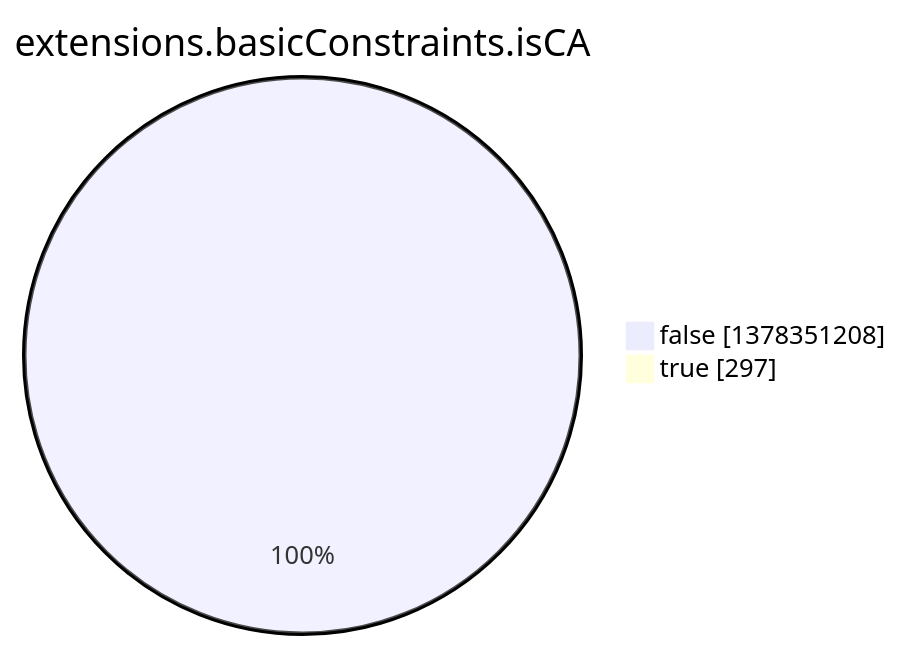
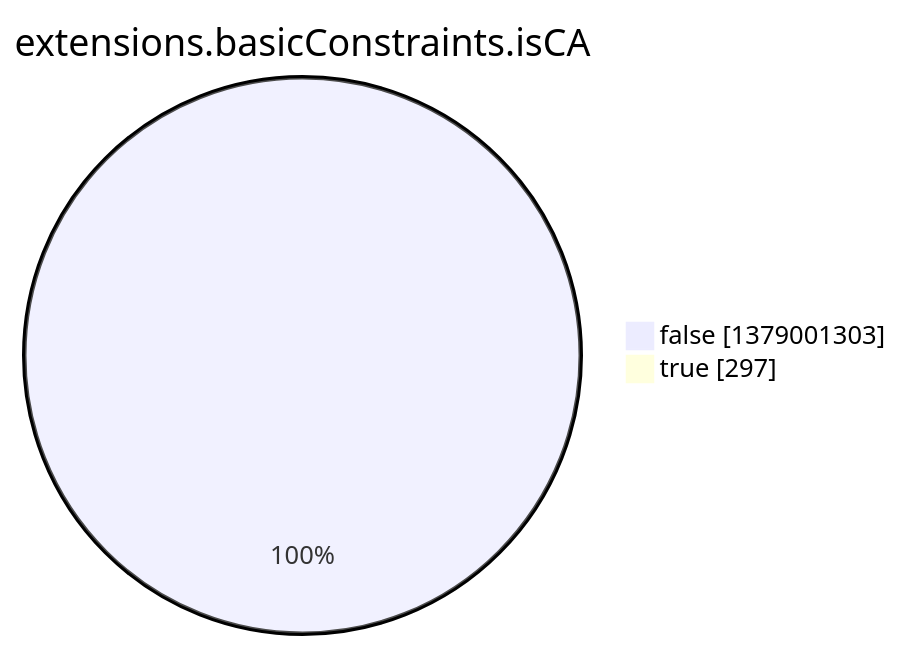
The eighth of 15 diagrams in argon2022/README.md (christiankrug/ctmonitor_visualization), drawn with Mermaid before and after one commit. The commit also changed other lines of this file, not shown here.

````diff
--- a/argon2022/README.md
+++ b/argon2022/README.md
@@ -2759,6 +2759,6 @@
 ```mermaid
 pie showData
 title extensions.basicConstraints.isCA
-"false" :1378351208
+"false" :1379001303
 "true" :297
 ```
````
